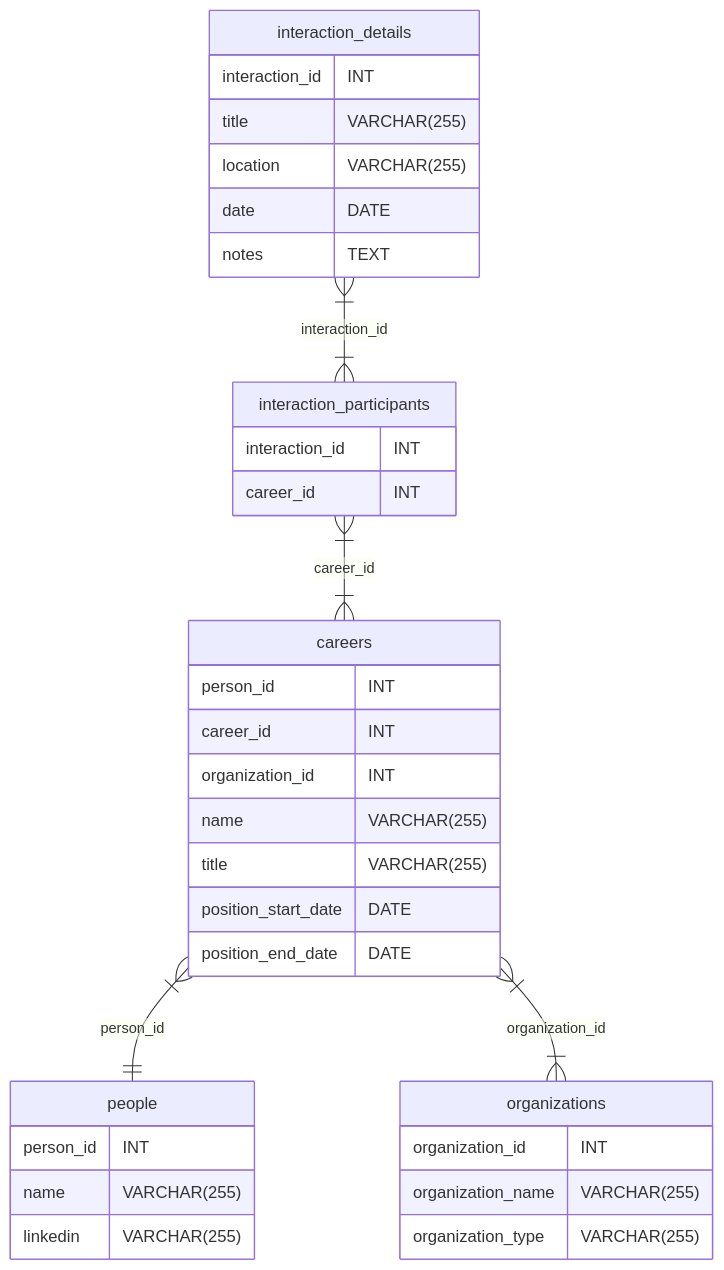
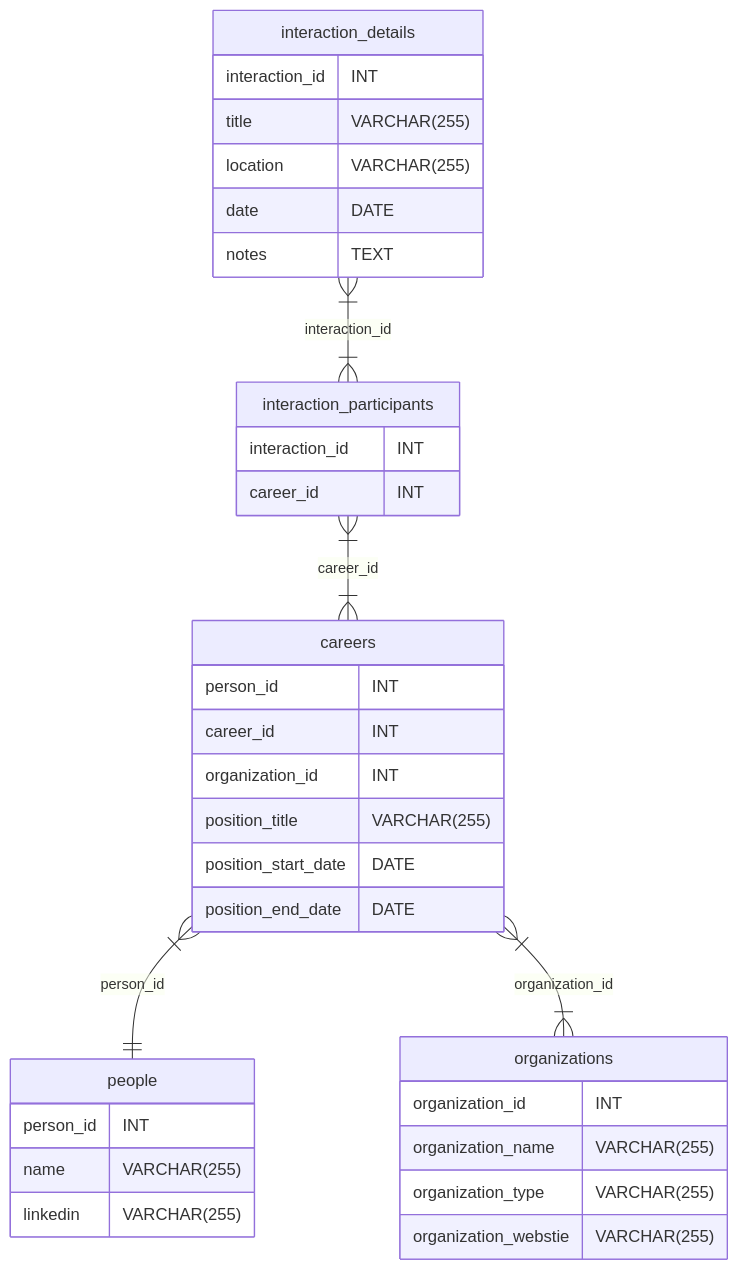
One commit to the-coding-coco/networking-tracker changed the diagram in database-schema.md. Above: the diagram before and after it, drawn with Mermaid.

````diff
--- a/database-schema.md
+++ b/database-schema.md
@@ -1,38 +1,38 @@
 ```mermaid
 erDiagram
     interaction_details {
         interaction_id INT
         title VARCHAR(255)
         location VARCHAR(255)
         date DATE
         notes TEXT
     }
     interaction_participants {
         interaction_id INT
         career_id INT
     }
     careers {
         person_id INT
         career_id INT
         organization_id INT
-        name VARCHAR(255)
-        title VARCHAR(255)
+        position_title VARCHAR(255)
         position_start_date DATE
         position_end_date DATE
     }
     people {
         person_id INT
         name VARCHAR(255)
         linkedin VARCHAR(255)
     }
     organizations {
         organization_id INT
         organization_name VARCHAR(255)
         organization_type VARCHAR(255)
+        organization_webstie VARCHAR(255)
     }
 
     interaction_details }|--|{ interaction_participants : interaction_id
     interaction_participants }|--|{ careers : career_id
     careers }|--|| people : person_id
     careers }|--|{ organizations : organization_id
 ```
````
